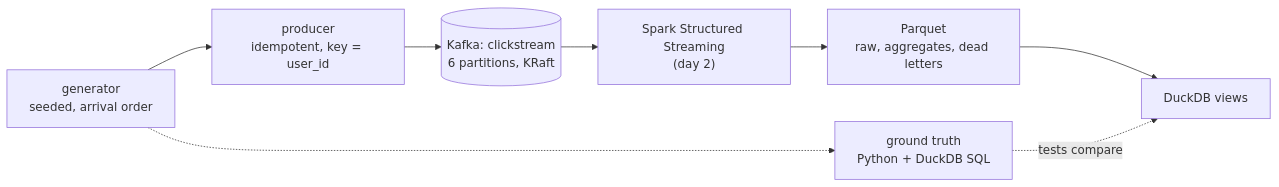
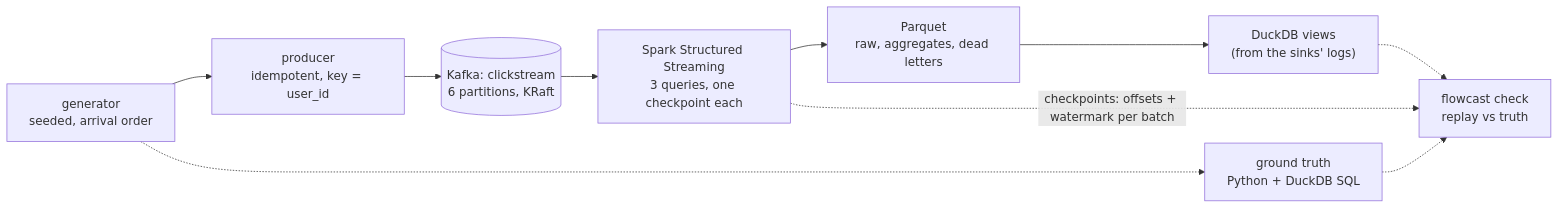
One commit to vivekdavara/flowcast changed the diagram in README.md. Above: the diagram before and after it, drawn with Mermaid. The commit also changed other lines of this file and 2 other files, not shown here.

First line of the commit message:
Docs for day 2: DESIGN, README results and review, WALKTHROUGH

````diff
--- a/README.md
+++ b/README.md
@@ -26,10 +26,12 @@
 ```mermaid
 flowchart LR
   G["generator<br/>seeded, arrival order"] --> P["producer<br/>idempotent, key = user_id"]
   G -.-> T["ground truth<br/>Python + DuckDB SQL"]
   P --> K[("Kafka: clickstream<br/>6 partitions, KRaft")]
-  K --> S["Spark Structured Streaming<br/>(day 2)"]
+  K --> S["Spark Structured Streaming<br/>3 queries, one checkpoint each"]
   S --> PQ["Parquet<br/>raw, aggregates, dead letters"]
-  PQ --> D["DuckDB views"]
-  T -.->|"tests compare"| D
+  PQ --> D["DuckDB views<br/>(from the sinks' logs)"]
+  S -.->|"checkpoints: offsets + watermark per batch"| C["flowcast check<br/>replay vs truth"]
+  T -.-> C
+  D -.-> C
 ```
````
